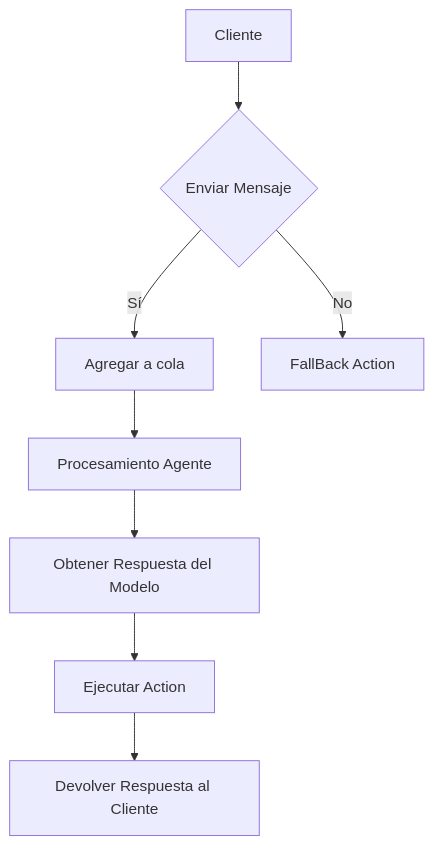
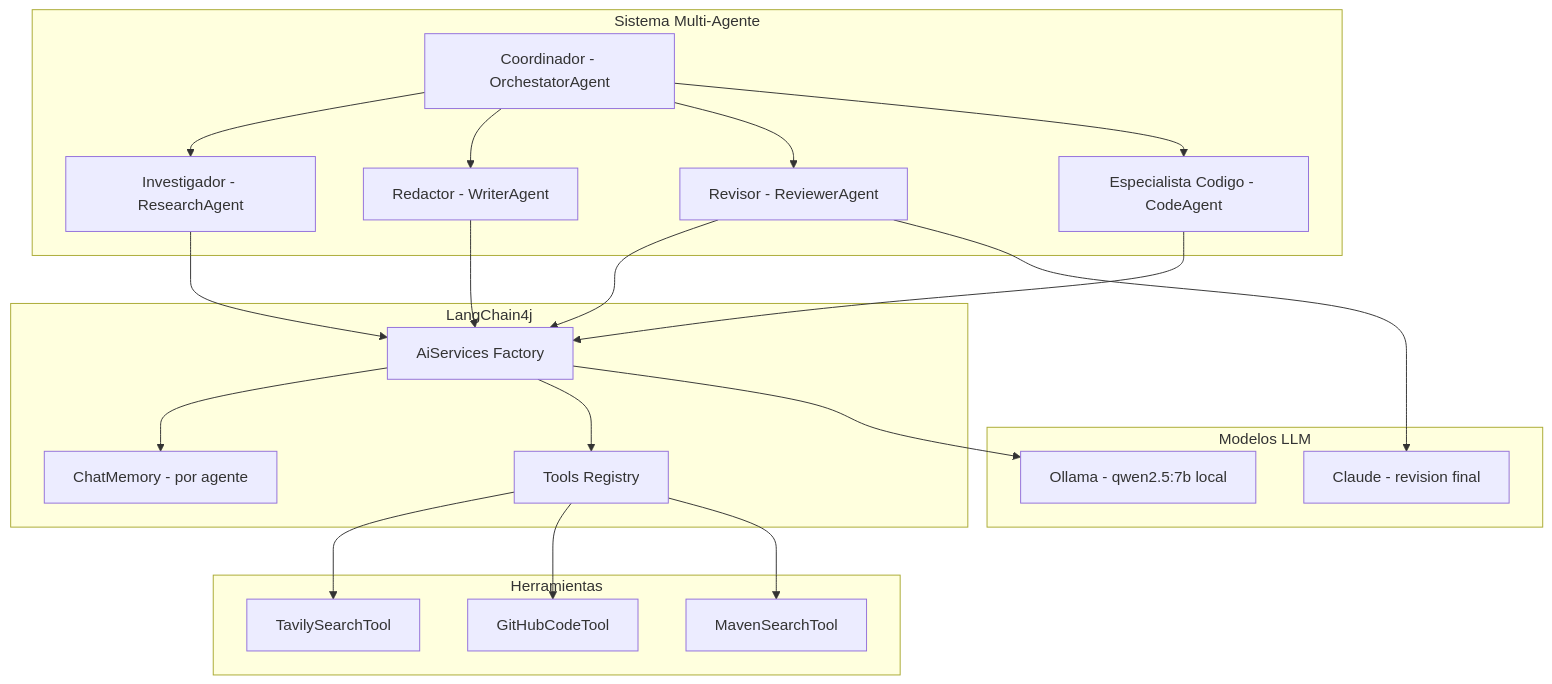
The second of 4 diagrams in 08_IA_Agentes/sistemas_multi-agente_con_langchain4j_y_ollama_STAFF.md (Joaquinriosheredia/DAM-Java-Mastery), drawn with Mermaid before and after one commit. The commit also changed other lines of this file and 1 other file, not shown here.

Commit message:
feat: Data Mesh y Sistemas Multi-Agente — guías Staff refinadas

````diff
--- a/08_IA_Agentes/sistemas_multi-agente_con_langchain4j_y_ollama_STAFF.md
+++ b/08_IA_Agentes/sistemas_multi-agente_con_langchain4j_y_ollama_STAFF.md
@@ -284,10 +64,39 @@
 ```mermaid
-graph TD;
-    A[Cliente] --> B{Enviar Mensaje};
-    B --> |Sí| C[Agregar a cola];
-    C --> D[Procesamiento Agente];
-    D --> E[Obtener Respuesta del Modelo];
-    E --> F[Ejecutar Action];
-    F --> G[Devolver Respuesta al Cliente];
-    B --> |No| H[FallBack Action];
+graph TD
+    subgraph Sistema Multi-Agente
+        A[Coordinador - OrchestatorAgent]
+        B[Investigador - ResearchAgent]
+        C[Redactor - WriterAgent]
+        D[Revisor - ReviewerAgent]
+        E[Especialista Codigo - CodeAgent]
+    end
+    subgraph LangChain4j
+        F[AiServices Factory]
+        G[ChatMemory - por agente]
+        H[Tools Registry]
+    end
+    subgraph Modelos LLM
+        I[Ollama - qwen2.5:7b local]
+        J[Claude - revision final]
+    end
+    subgraph Herramientas
+        K[TavilySearchTool]
+        L[GitHubCodeTool]
+        M[MavenSearchTool]
+    end
+    A --> B
+    A --> C
+    A --> D
+    A --> E
+    B --> F
+    C --> F
+    D --> F
+    E --> F
+    F --> G
+    F --> H
+    F --> I
+    D --> J
+    H --> K
+    H --> L
+    H --> M
 ```
````
